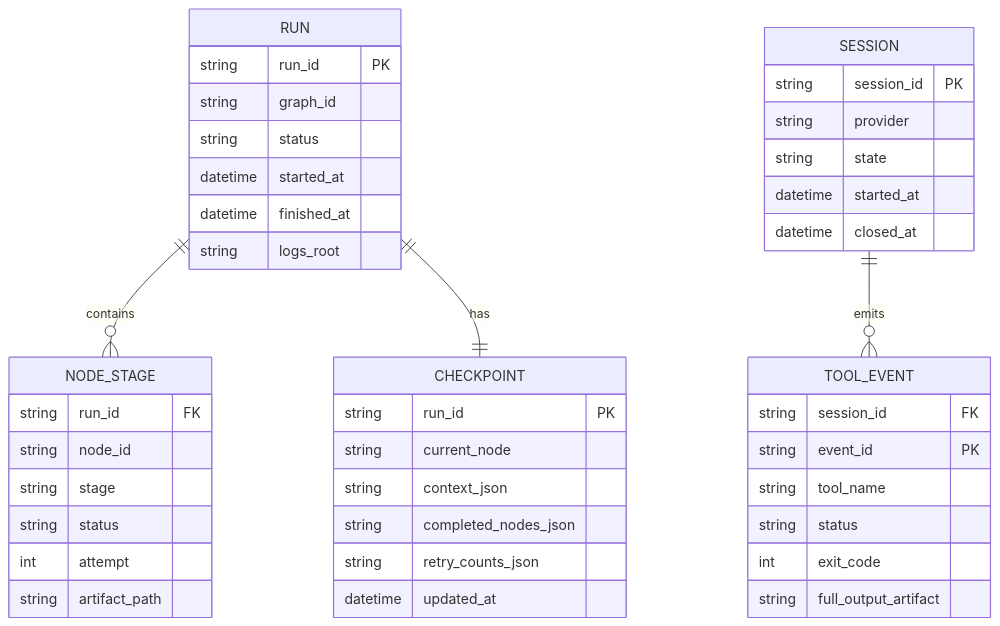
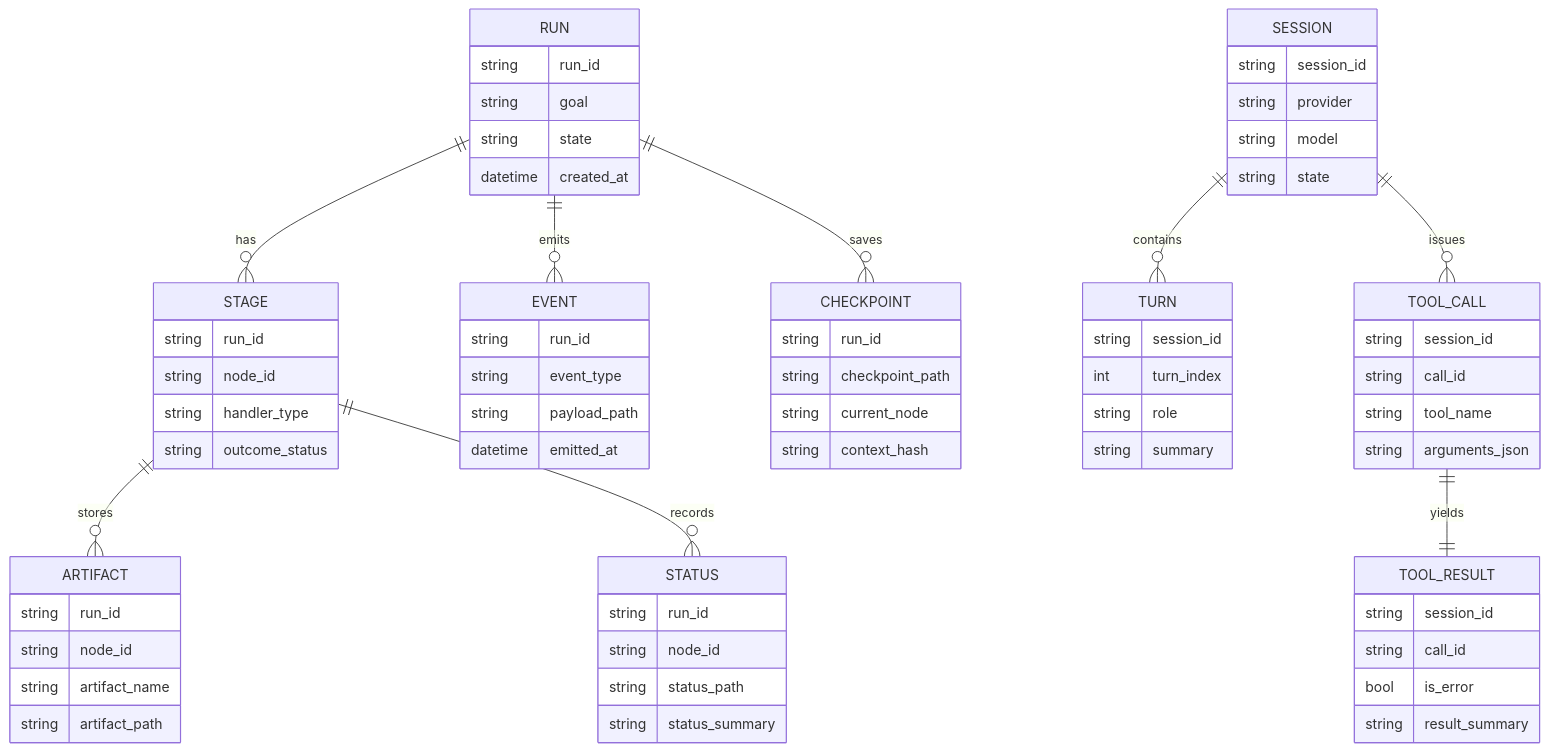
The second of 5 diagrams in docs/sprints/SPRINT-001-comprehensive-implementation-plan.md (jaytaylor/attractor-php), drawn with Mermaid before and after one commit. The commit also changed other lines of this file, not shown here.

````diff
--- a/docs/sprints/SPRINT-001-comprehensive-implementation-plan.md
+++ b/docs/sprints/SPRINT-001-comprehensive-implementation-plan.md
@@ -534,46 +615,81 @@
 ```mermaid
 erDiagram
-  RUN {
-    string run_id PK
-    string graph_id
-    string status
-    datetime started_at
-    datetime finished_at
-    string logs_root
-  }
-  NODE_STAGE {
-    string run_id FK
-    string node_id
-    string stage
-    string status
-    int attempt
-    string artifact_path
-  }
-  CHECKPOINT {
-    string run_id PK
-    string current_node
-    string context_json
-    string completed_nodes_json
-    string retry_counts_json
-    datetime updated_at
-  }
-  SESSION {
-    string session_id PK
-    string provider
-    string state
-    datetime started_at
-    datetime closed_at
-  }
-  TOOL_EVENT {
-    string session_id FK
-    string event_id PK
-    string tool_name
-    string status
-    int exit_code
-    string full_output_artifact
-  }
+    RUN ||--o{ STAGE : has
+    RUN ||--o{ EVENT : emits
+    RUN ||--o{ CHECKPOINT : saves
+    STAGE ||--o{ ARTIFACT : stores
+    STAGE ||--o{ STATUS : records
+    SESSION ||--o{ TURN : contains
+    SESSION ||--o{ TOOL_CALL : issues
+    TOOL_CALL ||--|| TOOL_RESULT : yields
 
-  RUN ||--o{ NODE_STAGE : contains
-  RUN ||--|| CHECKPOINT : has
-  SESSION ||--o{ TOOL_EVENT : emits
+    RUN {
+      string run_id
+      string goal
+      string state
+      datetime created_at
+    }
+
+    STAGE {
+      string run_id
+      string node_id
+      string handler_type
+      string outcome_status
+    }
+
+    ARTIFACT {
+      string run_id
+      string node_id
+      string artifact_name
+      string artifact_path
+    }
+
+    STATUS {
+      string run_id
+      string node_id
+      string status_path
+      string status_summary
+    }
+
+    CHECKPOINT {
+      string run_id
+      string checkpoint_path
+      string current_node
+      string context_hash
+    }
+
+    SESSION {
+      string session_id
+      string provider
+      string model
+      string state
+    }
+
+    TURN {
+      string session_id
+      int turn_index
+      string role
+      string summary
+    }
+
+    TOOL_CALL {
+      string session_id
+      string call_id
+      string tool_name
+      string arguments_json
+    }
+
+    TOOL_RESULT {
+      string session_id
+      string call_id
+      bool is_error
+      string result_summary
+    }
+
+    EVENT {
+      string run_id
+      string event_type
+      string payload_path
+      datetime emitted_at
+    }
 ```
````
